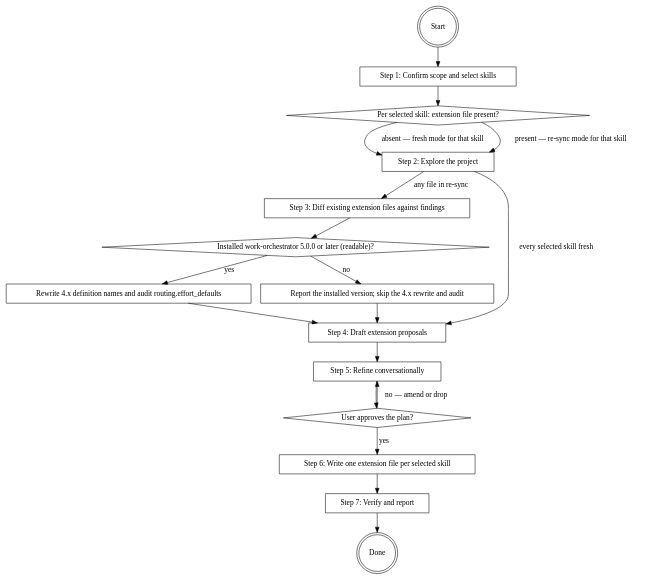
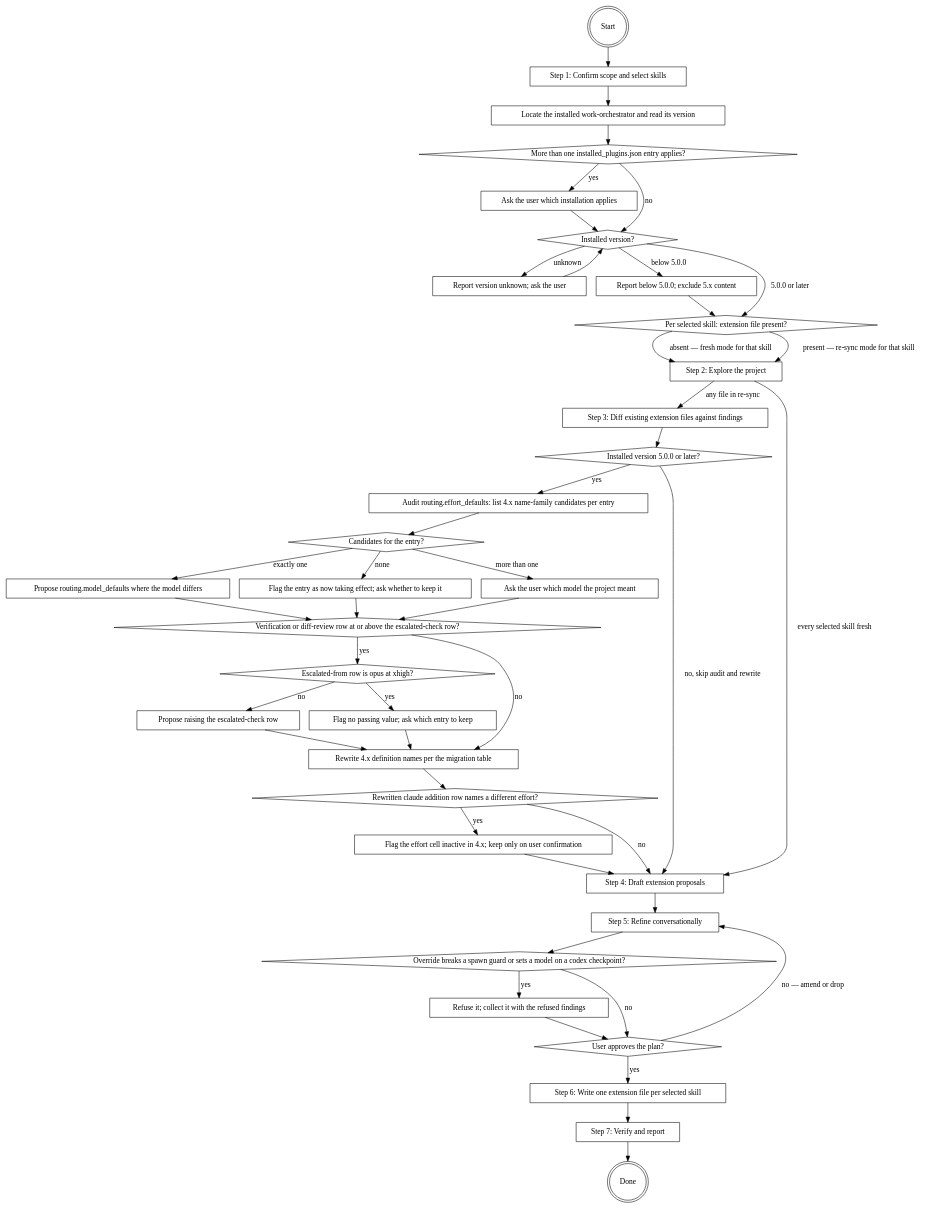
The diagram in plugins/work-orchestrator-extension-setup/skills/setting-up-work-orchestrator-extension/SKILL.md (it-bens/ai-tools), drawn with Graphviz before and after one commit. The commit also changed other lines of this file and 11 other files, not shown here.

First line of the commit message:
fix(work-orchestrator): enforce spawn guards across routing

````diff
--- a/plugins/work-orchestrator-extension-setup/skills/setting-up-work-orchestrator-extension/SKILL.md
+++ b/plugins/work-orchestrator-extension-setup/skills/setting-up-work-orchestrator-extension/SKILL.md
@@ -13,33 +13,77 @@
 ```dot
 digraph setting_up {
     "Start" [shape=doublecircle];
     "Step 1: Confirm scope and select skills" [shape=box];
+    "Locate the installed work-orchestrator and read its version" [shape=box];
+    "More than one installed_plugins.json entry applies?" [shape=diamond];
+    "Ask the user which installation applies" [shape=box];
+    "Installed version?" [shape=diamond];
+    "Report version unknown; ask the user" [shape=box];
+    "Report below 5.0.0; exclude 5.x content" [shape=box];
     "Per selected skill: extension file present?" [shape=diamond];
     "Step 2: Explore the project" [shape=box];
     "Step 3: Diff existing extension files against findings" [shape=box];
-    "Installed work-orchestrator 5.0.0 or later (readable)?" [shape=diamond];
-    "Rewrite 4.x definition names and audit routing.effort_defaults" [shape=box];
-    "Report the installed version; skip the 4.x rewrite and audit" [shape=box];
+    "Installed version 5.0.0 or later?" [shape=diamond];
+    "Audit routing.effort_defaults: list 4.x name-family candidates per entry" [shape=box];
+    "Candidates for the entry?" [shape=diamond];
+    "Propose routing.model_defaults where the model differs" [shape=box];
+    "Flag the entry as now taking effect; ask whether to keep it" [shape=box];
+    "Ask the user which model the project meant" [shape=box];
+    "Verification or diff-review row at or above the escalated-check row?" [shape=diamond];
+    "Escalated-from row is opus at xhigh?" [shape=diamond];
+    "Propose raising the escalated-check row" [shape=box];
+    "Flag no passing value; ask which entry to keep" [shape=box];
+    "Rewrite 4.x definition names per the migration table" [shape=box];
+    "Rewritten claude addition row names a different effort?" [shape=diamond];
+    "Flag the effort cell inactive in 4.x; keep only on user confirmation" [shape=box];
     "Step 4: Draft extension proposals" [shape=box];
     "Step 5: Refine conversationally" [shape=box];
+    "Override breaks a spawn guard or sets a model on a codex checkpoint?" [shape=diamond];
+    "Refuse it; collect it with the refused findings" [shape=box];
     "User approves the plan?" [shape=diamond];
     "Step 6: Write one extension file per selected skill" [shape=box];
     "Step 7: Verify and report" [shape=box];
     "Done" [shape=doublecircle];
 
-    "Start" -> "Step 1: Confirm scope and select skills" -> "Per selected skill: extension file present?";
+    "Start" -> "Step 1: Confirm scope and select skills" -> "Locate the installed work-orchestrator and read its version" -> "More than one installed_plugins.json entry applies?";
+    "More than one installed_plugins.json entry applies?" -> "Ask the user which installation applies" [label="yes"];
+    "More than one installed_plugins.json entry applies?" -> "Installed version?" [label="no"];
+    "Ask the user which installation applies" -> "Installed version?";
+    "Installed version?" -> "Report version unknown; ask the user" [label="unknown"];
+    "Report version unknown; ask the user" -> "Installed version?";
+    "Installed version?" -> "Report below 5.0.0; exclude 5.x content" [label="below 5.0.0"];
+    "Installed version?" -> "Per selected skill: extension file present?" [label="5.0.0 or later"];
+    "Report below 5.0.0; exclude 5.x content" -> "Per selected skill: extension file present?";
     "Per selected skill: extension file present?" -> "Step 2: Explore the project" [label="absent — fresh mode for that skill"];
     "Per selected skill: extension file present?" -> "Step 2: Explore the project" [label="present — re-sync mode for that skill"];
     "Step 2: Explore the project" -> "Step 4: Draft extension proposals" [label="every selected skill fresh"];
     "Step 2: Explore the project" -> "Step 3: Diff existing extension files against findings" [label="any file in re-sync"];
-    "Step 3: Diff existing extension files against findings" -> "Installed work-orchestrator 5.0.0 or later (readable)?";
-    "Installed work-orchestrator 5.0.0 or later (readable)?" -> "Rewrite 4.x definition names and audit routing.effort_defaults" [label="yes"];
-    "Installed work-orchestrator 5.0.0 or later (readable)?" -> "Report the installed version; skip the 4.x rewrite and audit" [label="no"];
-    "Rewrite 4.x definition names and audit routing.effort_defaults" -> "Step 4: Draft extension proposals";
-    "Report the installed version; skip the 4.x rewrite and audit" -> "Step 4: Draft extension proposals";
-    "Step 4: Draft extension proposals" -> "Step 5: Refine conversationally" -> "User approves the plan?";
+    "Step 3: Diff existing extension files against findings" -> "Installed version 5.0.0 or later?";
+    "Installed version 5.0.0 or later?" -> "Audit routing.effort_defaults: list 4.x name-family candidates per entry" [label="yes"];
+    "Installed version 5.0.0 or later?" -> "Step 4: Draft extension proposals" [label="no, skip audit and rewrite"];
+    "Audit routing.effort_defaults: list 4.x name-family candidates per entry" -> "Candidates for the entry?";
+    "Candidates for the entry?" -> "Propose routing.model_defaults where the model differs" [label="exactly one"];
+    "Candidates for the entry?" -> "Flag the entry as now taking effect; ask whether to keep it" [label="none"];
+    "Candidates for the entry?" -> "Ask the user which model the project meant" [label="more than one"];
+    "Propose routing.model_defaults where the model differs" -> "Verification or diff-review row at or above the escalated-check row?";
+    "Flag the entry as now taking effect; ask whether to keep it" -> "Verification or diff-review row at or above the escalated-check row?";
+    "Ask the user which model the project meant" -> "Verification or diff-review row at or above the escalated-check row?";
+    "Verification or diff-review row at or above the escalated-check row?" -> "Escalated-from row is opus at xhigh?" [label="yes"];
+    "Verification or diff-review row at or above the escalated-check row?" -> "Rewrite 4.x definition names per the migration table" [label="no"];
+    "Escalated-from row is opus at xhigh?" -> "Propose raising the escalated-check row" [label="no"];
+    "Escalated-from row is opus at xhigh?" -> "Flag no passing value; ask which entry to keep" [label="yes"];
+    "Propose raising the escalated-check row" -> "Rewrite 4.x definition names per the migration table";
+    "Flag no passing value; ask which entry to keep" -> "Rewrite 4.x definition names per the migration table";
+    "Rewrite 4.x definition names per the migration table" -> "Rewritten claude addition row names a different effort?";
+    "Rewritten claude addition row names a different effort?" -> "Flag the effort cell inactive in 4.x; keep only on user confirmation" [label="yes"];
+    "Rewritten claude addition row names a different effort?" -> "Step 4: Draft extension proposals" [label="no"];
+    "Flag the effort cell inactive in 4.x; keep only on user confirmation" -> "Step 4: Draft extension proposals";
+    "Step 4: Draft extension proposals" -> "Step 5: Refine conversationally" -> "Override breaks a spawn guard or sets a model on a codex checkpoint?";
+    "Override breaks a spawn guard or sets a model on a codex checkpoint?" -> "Refuse it; collect it with the refused findings" [label="yes"];
+    "Override breaks a spawn guard or sets a model on a codex checkpoint?" -> "User approves the plan?" [label="no"];
+    "Refuse it; collect it with the refused findings" -> "User approves the plan?";
     "User approves the plan?" -> "Step 5: Refine conversationally" [label="no — amend or drop"];
     "User approves the plan?" -> "Step 6: Write one extension file per selected skill" [label="yes"];
     "Step 6: Write one extension file per selected skill" -> "Step 7: Verify and report" -> "Done";
 }
 ```
````
